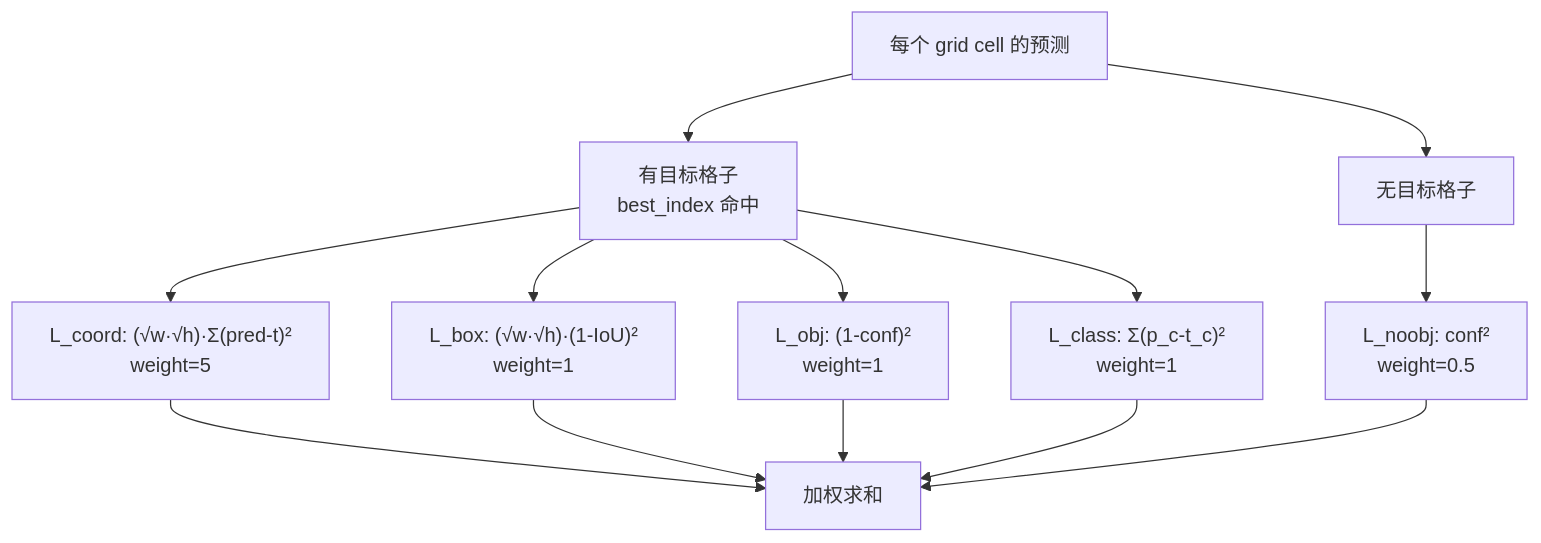
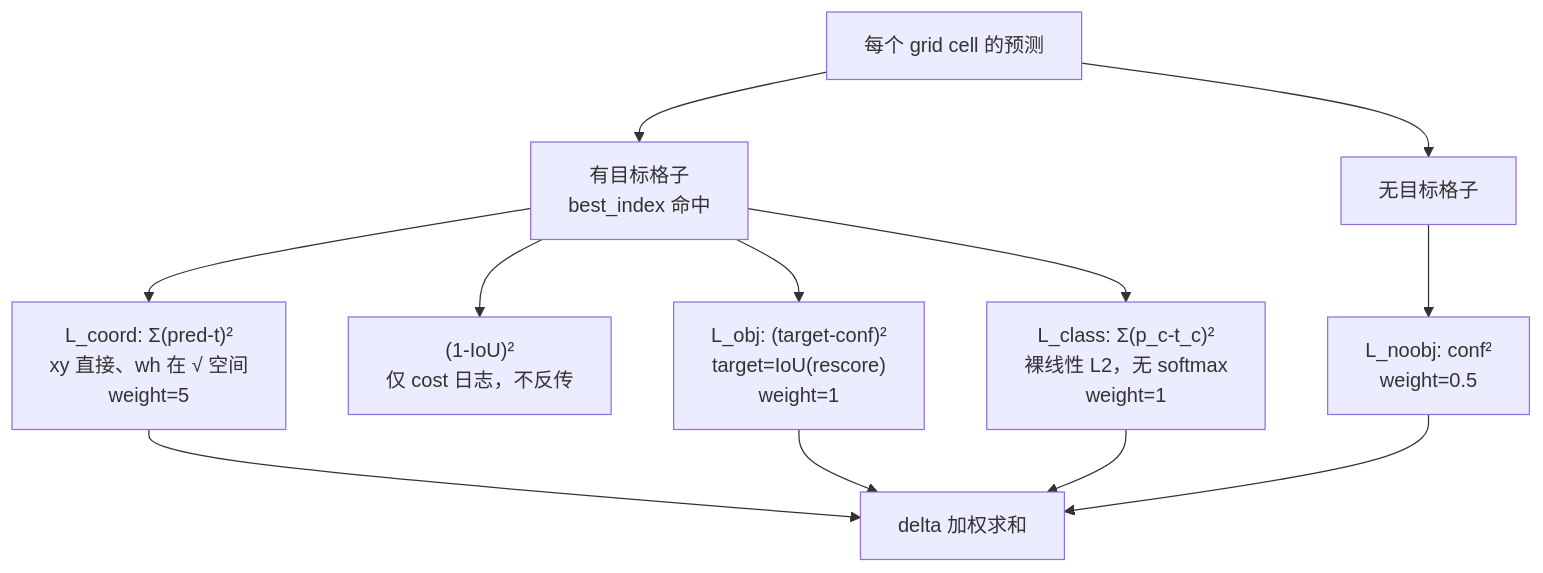
One commit to yejinlei/agent-yolo changed the first of 2 diagrams in docs/versions/v1/losses.md. Above: the diagram before and after it, drawn with Mermaid. The commit also changed other lines of this file and 27 other files, not shown here.

First line of the commit message:
docs(v1): SVG 原理图组件 + 源码可点击跳转 + 全站事实校准

````diff
--- a/docs/versions/v1/losses.md
+++ b/docs/versions/v1/losses.md
@@ -17,21 +18,20 @@
 ```mermaid
 flowchart TB
   INPUT[每个 grid cell 的预测]
   HAS[有目标格子<br/>best_index 命中]
   NOL[无目标格子]
 
   INPUT --> HAS
   INPUT --> NOL
 
-  HAS --> COORD["L_coord: (√w·√h)·Σ(pred-t)²<br/>weight=5"]
-  HAS --> BOX["L_box: (√w·√h)·(1-IoU)²<br/>weight=1"]
-  HAS --> OBJ["L_obj: (1-conf)²<br/>weight=1"]
-  HAS --> CLASS["L_class: Σ(p_c-t_c)²<br/>weight=1"]
+  HAS --> COORD["L_coord: Σ(pred-t)²<br/>xy 直接、wh 在 √ 空间<br/>weight=5"]
+  HAS --> BOX["(1-IoU)²<br/>仅 cost 日志，不反传"]
+  HAS --> OBJ["L_obj: (target-conf)²<br/>target=IoU(rescore)<br/>weight=1"]
+  HAS --> CLASS["L_class: Σ(p_c-t_c)²<br/>裸线性 L2，无 softmax<br/>weight=1"]
   NOL --> NOOBJ[L_noobj: conf²<br/>weight=0.5]
 
-  COORD --> SUM[加权求和]
-  BOX --> SUM
+  COORD --> SUM[delta 加权求和]
   OBJ --> SUM
   CLASS --> SUM
   NOOBJ --> SUM
 ```
````
